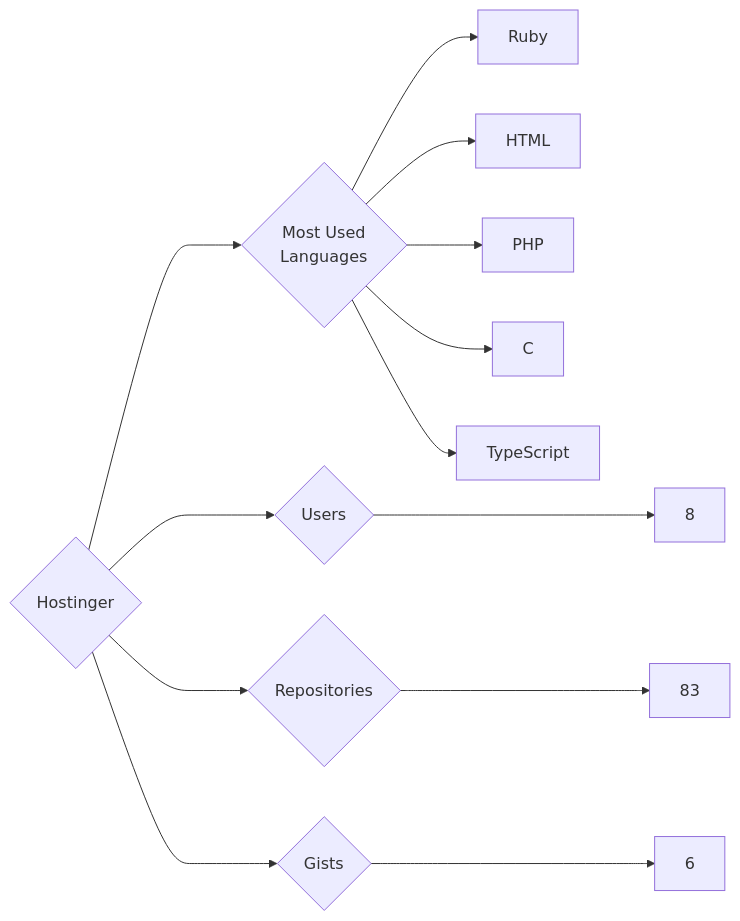
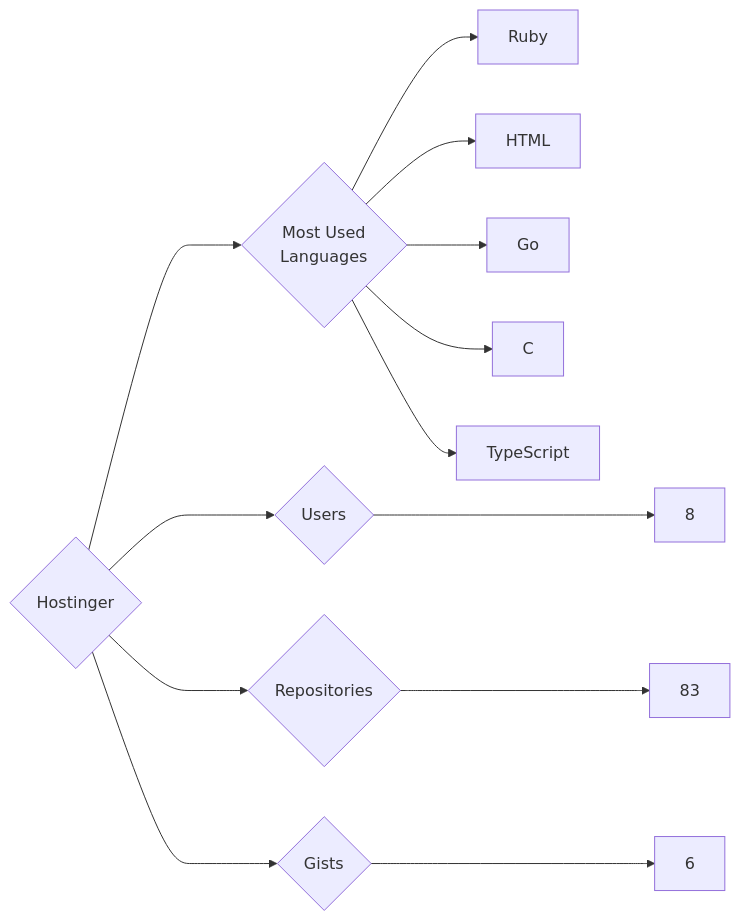
The diagram in targets/Hostinger/README.md (trickest/insiders), drawn with Mermaid before and after one commit. The commit also changed 610 other files, not shown here.

````diff
--- a/targets/Hostinger/README.md
+++ b/targets/Hostinger/README.md
@@ -3,13 +3,13 @@
 ```mermaid
 graph LR
 COMPANY_NAME{Hostinger}
 COMPANY_NAME ---> U{Users} ---> UN[8]
 COMPANY_NAME ---> R{Repositories} ---> RN[83]
 COMPANY_NAME ---> G{Gists} ---> GN[6]
 COMPANY_NAME ---> ML{Most Used<br>Languages}
 ML --> Ruby[Ruby]
 ML --> HTML[HTML]
-ML --> PHP[PHP]
+ML --> Go[Go]
 ML --> C[C]
 ML --> TypeScript[TypeScript]
 ```
````
